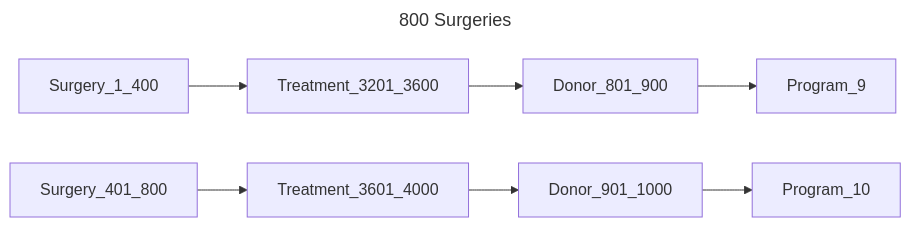
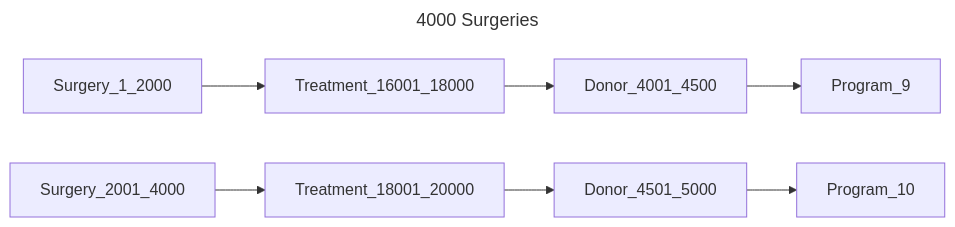
The tenth of 14 diagrams in chord_metadata_service/mohpackets/data/large_dataset/README.md (bento-platform/katsu), drawn with Mermaid before and after one commit. The commit also changed other lines of this file, not shown here.

````diff
--- a/chord_metadata_service/mohpackets/data/large_dataset/README.md
+++ b/chord_metadata_service/mohpackets/data/large_dataset/README.md
@@ -147,8 +148,8 @@
 ```mermaid
 ---
-title: 800 Surgeries
+title: 4000 Surgeries
 ---
 graph LR;  
-  Surgery_1_400 --> Treatment_3201_3600 --> Donor_801_900 --> Program_9;
-  Surgery_401_800 --> Treatment_3601_4000 --> Donor_901_1000 --> Program_10;  
+  Surgery_1_2000 --> Treatment_16001_18000 --> Donor_4001_4500 --> Program_9;
+  Surgery_2001_4000 --> Treatment_18001_20000 --> Donor_4501_5000 --> Program_10;  
 ```
````
